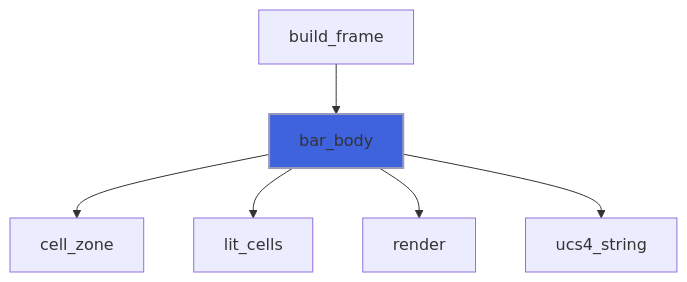
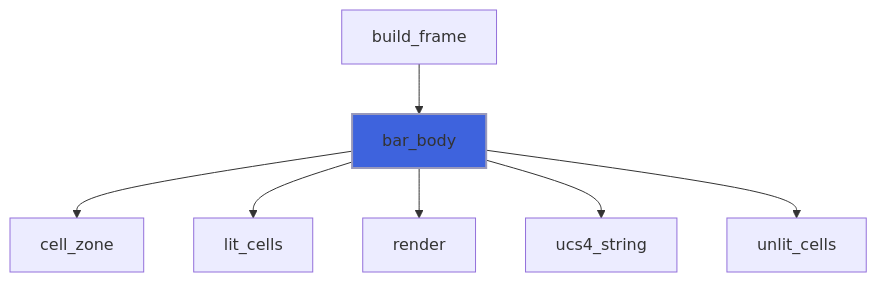
One commit to szaghi/forbear changed diagram 24 of 41 in docs/api/src/lib/forbear_bar_object.md. Above: the diagram before and after it, drawn with Mermaid. The commit also changed other lines of this file and 16 other files, not shown here.

First line of the commit message:
feat(bar): add bar_profile='ramp', blocks rising along the body

````diff
--- a/docs/api/src/lib/forbear_bar_object.md
+++ b/docs/api/src/lib/forbear_bar_object.md
@@ -877,9 +885,10 @@
 ```mermaid
 flowchart TD
   build_frame["build_frame"] --> bar_body["bar_body"]
   bar_body["bar_body"] --> cell_zone["cell_zone"]
   bar_body["bar_body"] --> lit_cells["lit_cells"]
   bar_body["bar_body"] --> render["render"]
   bar_body["bar_body"] --> ucs4_string["ucs4_string"]
+  bar_body["bar_body"] --> unlit_cells["unlit_cells"]
   style bar_body fill:#3e63dd,stroke:#99b,stroke-width:2px
 ```
````
